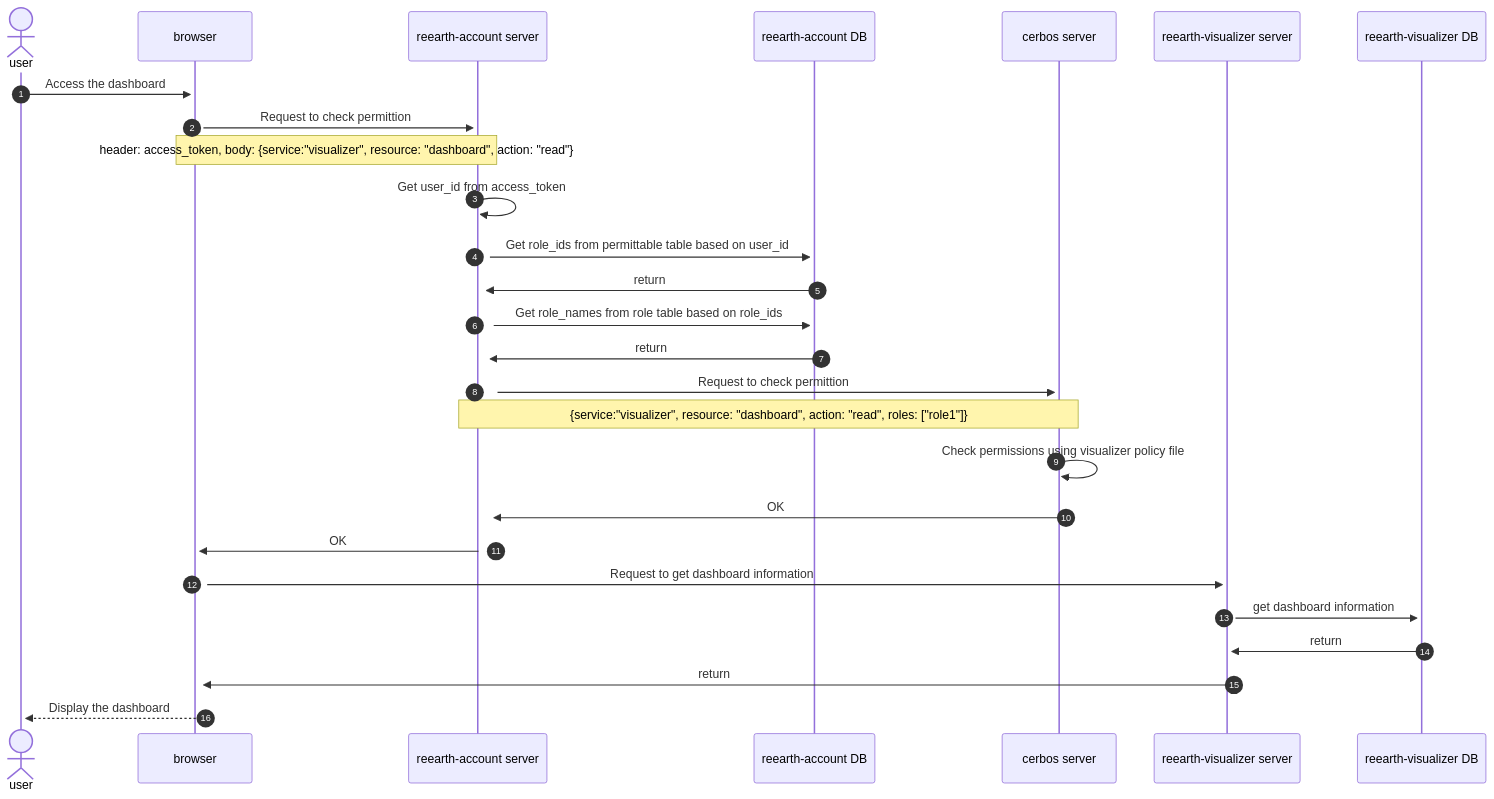
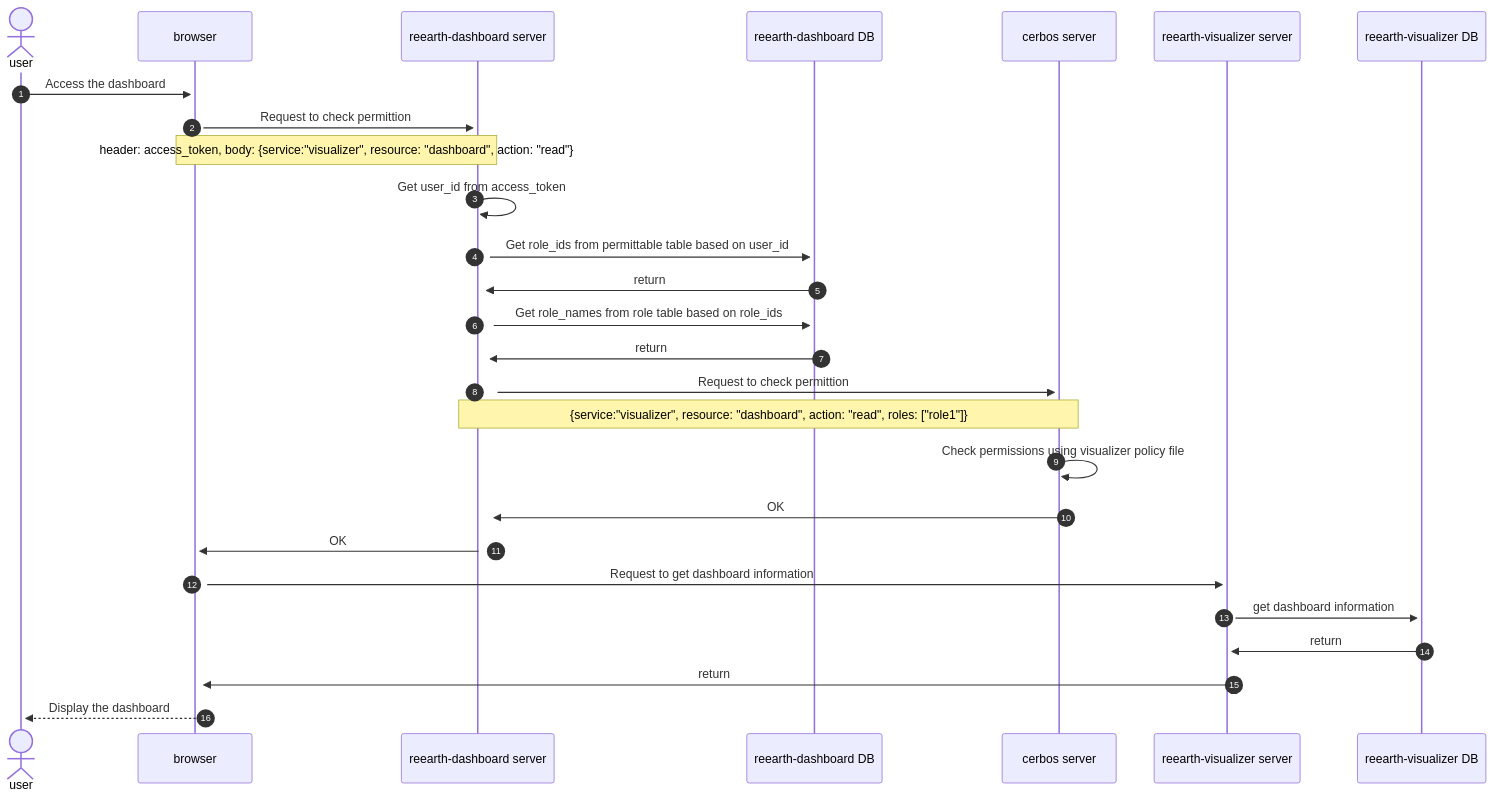
The diagram in docs/sequence/check_permission.md (reearth/reearth-accounts), drawn with Mermaid before and after one commit. The commit also changed 76 other files, not shown here.

````diff
--- a/docs/sequence/check_permission.md
+++ b/docs/sequence/check_permission.md
@@ -3,31 +3,31 @@
 ```mermaid
 sequenceDiagram
 autonumber
 
 actor user
 participant browser
-participant accountServer as reearth-account server
-participant accountDB as reearth-account DB
+participant accountServer as reearth-dashboard server
+participant accountDB as reearth-dashboard DB
 participant cerbos as cerbos server
 participant visualizerServer as reearth-visualizer server
 participant visualizerDB as reearth-visualizer DB
 
 user ->>+ browser :Access the dashboard
 browser ->>+ accountServer :Request to check permittion
 note over browser, accountServer: header: access_token, body: {service:"visualizer", resource: "dashboard", action: "read"}
 accountServer ->>+ accountServer :Get user_id from access_token
 accountServer ->>+ accountDB :Get role_ids from permittable table based on user_id
 accountDB ->>+ accountServer :return
 accountServer ->>+ accountDB :Get role_names from role table based on role_ids
 accountDB ->>+ accountServer :return
 accountServer ->>+ cerbos :Request to check permittion
 note over accountServer, cerbos: {service:"visualizer", resource: "dashboard", action: "read", roles: ["role1"]}
 cerbos ->>+ cerbos :Check permissions using visualizer policy file
 cerbos ->>+ accountServer :OK
 accountServer ->>+ browser :OK
 browser ->>+ visualizerServer: Request to get dashboard information
 visualizerServer ->>+ visualizerDB: get dashboard information
 visualizerDB ->>+ visualizerServer :return
 visualizerServer ->>+ browser :return
 browser -->>+ user: Display the dashboard
 ```
````
